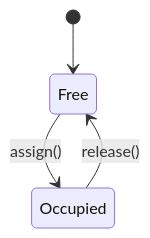
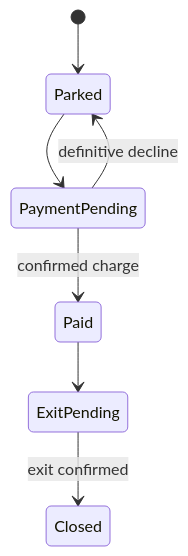
One commit to Anilinfo2015/anilinfo2015.github.io changed the diagram in low-level-design/parking-lot.md. Above: the diagram before and after it, drawn with Mermaid. The commit also changed other lines of this file and 58 other files, not shown here.

````diff
--- a/low-level-design/parking-lot.md
+++ b/low-level-design/parking-lot.md
@@ -135,6 +24,9 @@
 ```mermaid
 stateDiagram-v2
-    [*] --> Free
-    Free --> Occupied: assign()
-    Occupied --> Free: release()
+    [*] --> Parked
+    Parked --> PaymentPending
+    PaymentPending --> Paid: confirmed charge
+    PaymentPending --> Parked: definitive decline
+    Paid --> ExitPending
+    ExitPending --> Closed: exit confirmed
 ```
````
